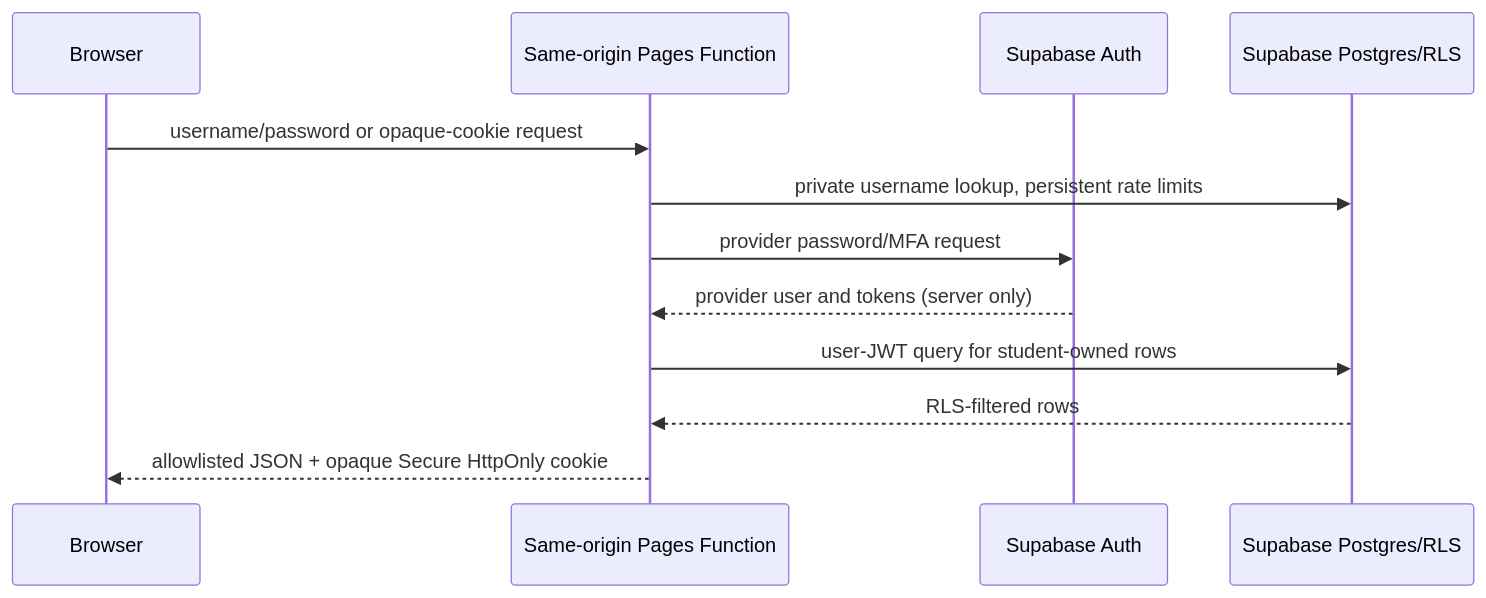
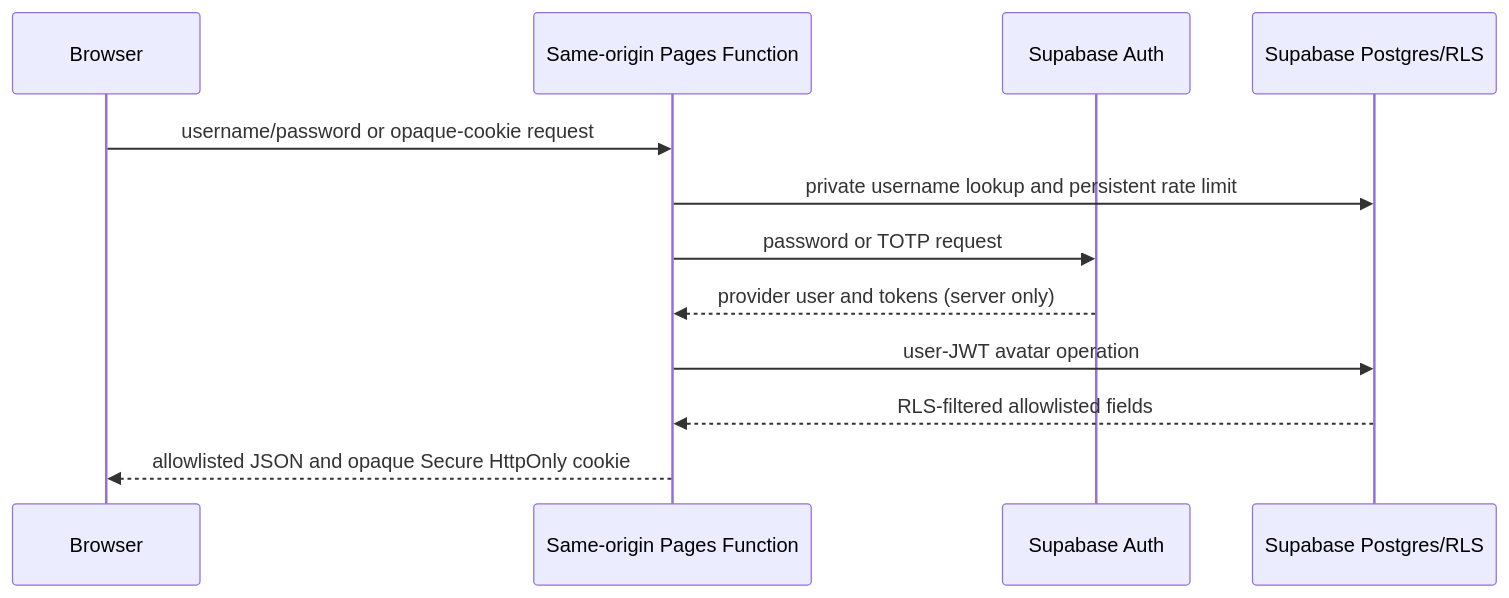
One commit to Joseph-Nawar/ACADEMIC_ARENA changed the diagram in docs/architecture/m2-auth-database.md. Above: the diagram before and after it, drawn with Mermaid. The commit also changed other lines of this file and 5 other files, not shown here.

````diff
--- a/docs/architecture/m2-auth-database.md
+++ b/docs/architecture/m2-auth-database.md
@@ -21,14 +24,14 @@
 ```mermaid
 sequenceDiagram
   participant B as Browser
   participant F as Same-origin Pages Function
   participant A as Supabase Auth
   participant D as Supabase Postgres/RLS
   B->>F: username/password or opaque-cookie request
-  F->>D: private username lookup, persistent rate limits
-  F->>A: provider password/MFA request
+  F->>D: private username lookup and persistent rate limit
+  F->>A: password or TOTP request
   A-->>F: provider user and tokens (server only)
-  F->>D: user-JWT query for student-owned rows
-  D-->>F: RLS-filtered rows
-  F-->>B: allowlisted JSON + opaque Secure HttpOnly cookie
+  F->>D: user-JWT avatar operation
+  D-->>F: RLS-filtered allowlisted fields
+  F-->>B: allowlisted JSON and opaque Secure HttpOnly cookie
 ```
````
